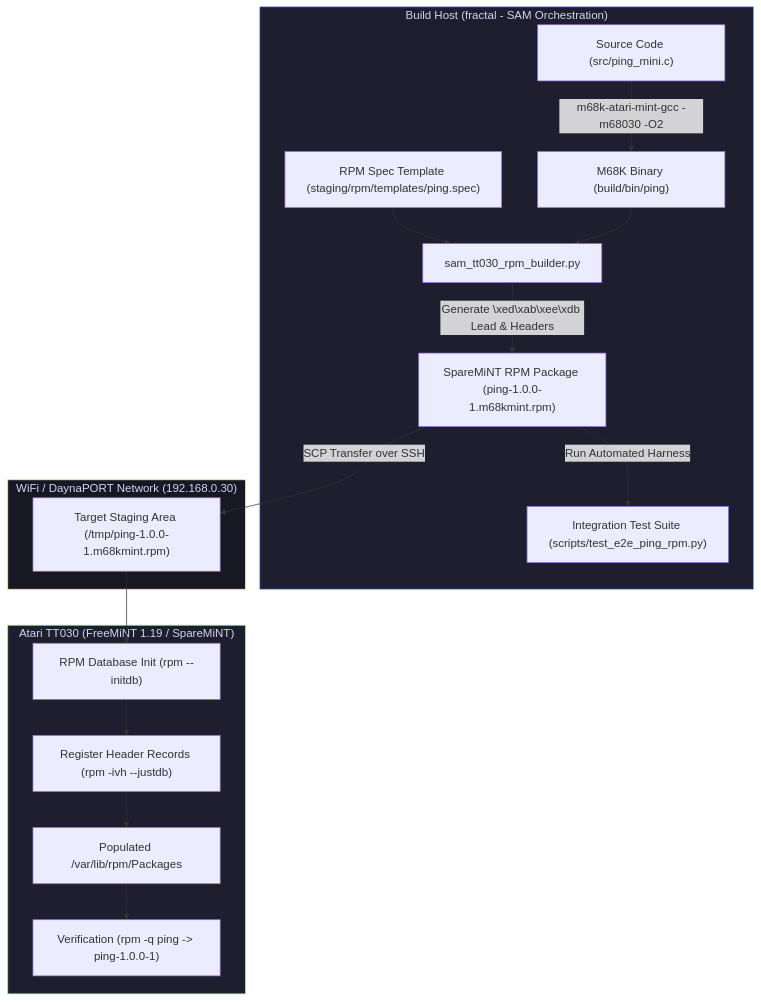
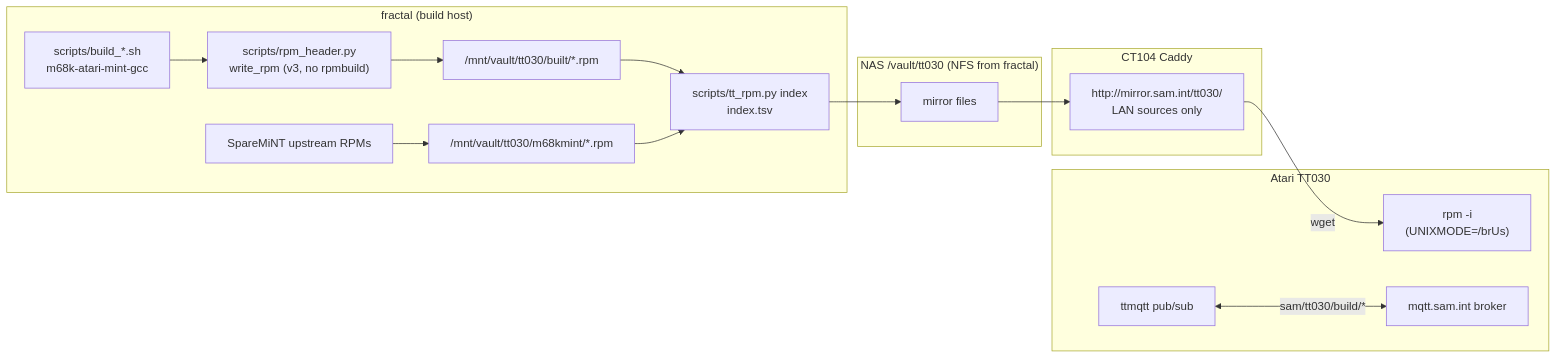
Before and after one commit to rchennau/sam-atari-tt030: the diagram in README.md, drawn with Mermaid. The commit also changed other lines of this file, not shown here.

Commit message:
README: package pipeline status, ttmqtt, TT traps (UNIXMODE, rpm --root, RPMVERSION)
Replaces the pre-plan rpmbuild/ping workflow diagram with the tt030-rpm-pipeline as built:
writer + index on fractal, NAS mirror via CT104 Caddy, wget + ttmqtt on the TT. sam-yum-tt
entry updated (no longer 'no client yet' framing only); GCC version corrected to 15.2.

Claude-Session: https://claude.ai/code/session_01F2u2FbNGDnGA8E8N8wWSKK

````diff
--- a/README.md
+++ b/README.md
@@ -72,25 +71,20 @@
 ```mermaid
-flowchart TD
-    subgraph Host ["Build Host (fractal - SAM Orchestration)"]
-        A["Source Code (src/ping_mini.c)"] -->|m68k-atari-mint-gcc -m68030 -O2| B["M68K Binary (build/bin/ping)"]
-        C["RPM Spec Template (staging/rpm/templates/ping.spec)"] --> D["sam_tt030_rpm_builder.py"]
-        B --> D
-        D -->|Generate \xed\xab\xee\xdb Lead & Headers| E["SpareMiNT RPM Package (ping-1.0.0-1.m68kmint.rpm)"]
-        E -->|Run Automated Harness| F["Integration Test Suite (scripts/test_e2e_ping_rpm.py)"]
+flowchart LR
+    subgraph fractal ["fractal (build host)"]
+        A["scripts/build_*.sh<br/>m68k-atari-mint-gcc"] --> B["scripts/rpm_header.py<br/>write_rpm (v3, no rpmbuild)"]
+        B --> C["/mnt/vault/tt030/built/*.rpm"]
+        U["SpareMiNT upstream RPMs"] --> M["/mnt/vault/tt030/m68kmint/*.rpm"]
+        C --> I["scripts/tt_rpm.py index<br/>index.tsv"]
+        M --> I
     end
-
-    subgraph Network ["WiFi / DaynaPORT Network (192.168.0.30)"]
-        E -->|SCP Transfer over SSH| G["Target Staging Area (/tmp/ping-1.0.0-1.m68kmint.rpm)"]
+    subgraph nas ["NAS /vault/tt030 (NFS from fractal)"]
+        I --> S["mirror files"]
     end
-
-    subgraph Target ["Atari TT030 (FreeMiNT 1.19 / SpareMiNT)"]
-        G --> H["RPM Database Init (rpm --initdb)"]
-        H --> I["Register Header Records (rpm -ivh --justdb)"]
-        I --> J["Populated /var/lib/rpm/Packages"]
-        J --> K["Verification (rpm -q ping -> ping-1.0.0-1)"]
+    subgraph ct104 ["CT104 Caddy"]
+        S --> H["http://mirror.sam.int/tt030/<br/>LAN sources only"]
     end
-
-    style Host fill:#1e1e2e,stroke:#89b4fa,color:#cdd6f4
-    style Network fill:#181825,stroke:#f9e2af,color:#cdd6f4
-    style Target fill:#1e1e2e,stroke:#a6e3a1,color:#cdd6f4
+    subgraph tt ["Atari TT030"]
+        H -->|wget| R["rpm -i<br/>(UNIXMODE=/brUs)"]
+        Q["ttmqtt pub/sub"] <-->|"sam/tt030/build/*"| BR["mqtt.sam.int broker"]
+    end
 ```
````
